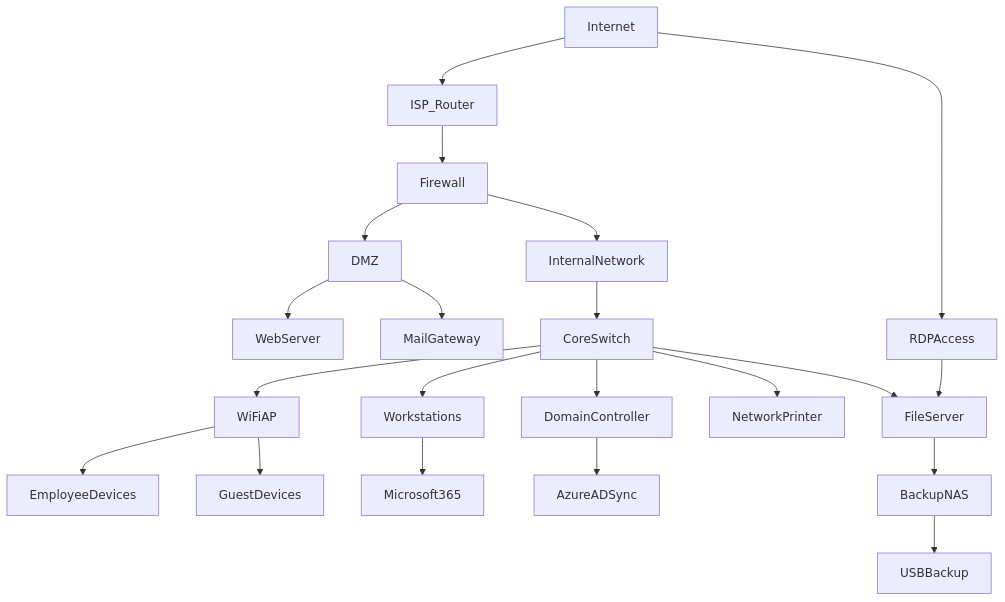
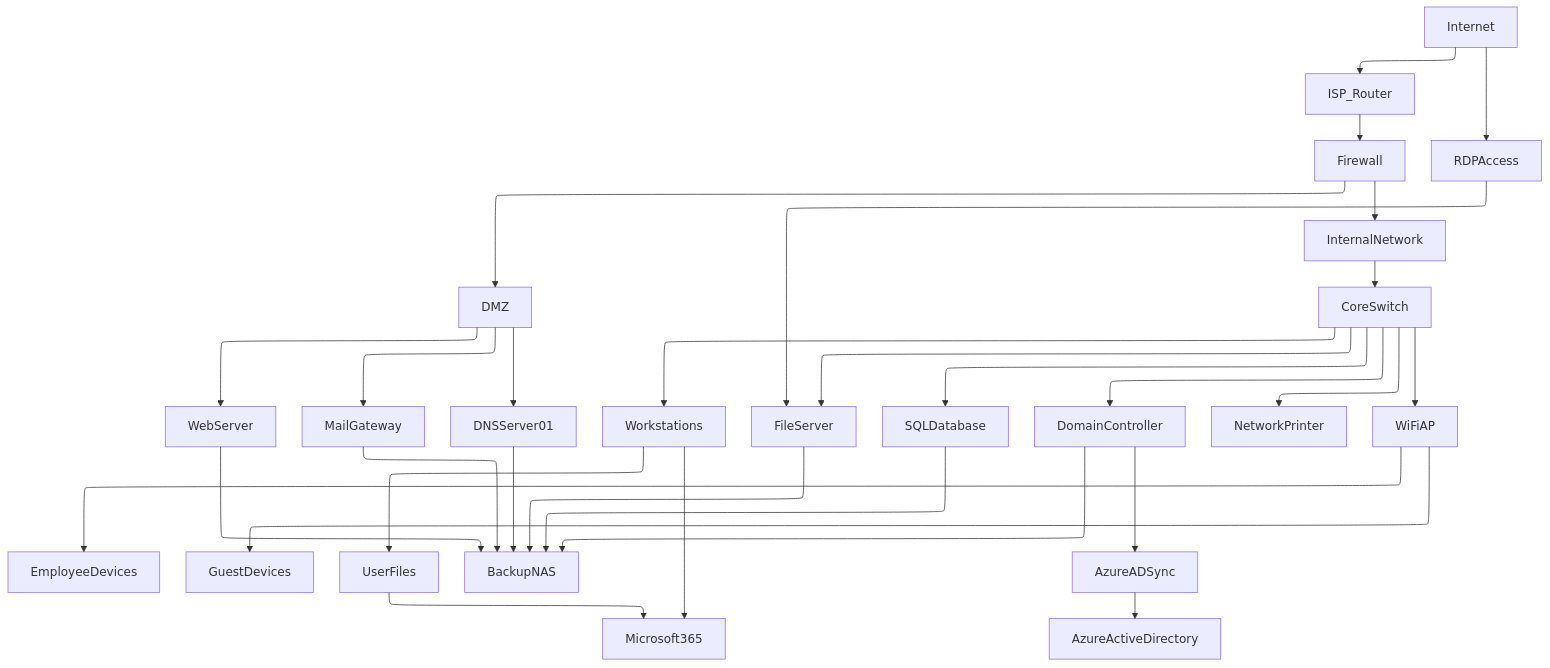
One commit to davis-boudreau/ISEC2700 changed the first of 2 diagrams in saitge-isec2700-mp01b-small-business-security-risk-assessment.md. Above: the diagram before and after it, drawn with Mermaid. The commit also changed 5 other files, not shown here.

````diff
--- a/saitge-isec2700-mp01b-small-business-security-risk-assessment.md
+++ b/saitge-isec2700-mp01b-small-business-security-risk-assessment.md
@@ -126,38 +126,52 @@
 ```mermaid
+---
+config:
+   layout: elk
+---
+
 flowchart TD
 
     Internet --> ISP_Router
     ISP_Router --> Firewall
 
     Firewall --> DMZ
     Firewall --> InternalNetwork
 
     %% DMZ
     DMZ --> WebServer
     DMZ --> MailGateway
+    DMZ --> DNSServer01
 
     %% Internal Network
     InternalNetwork --> CoreSwitch
 
     CoreSwitch --> Workstations
     CoreSwitch --> FileServer
+    CoreSwitch --> SQLDatabase
     CoreSwitch --> DomainController
     CoreSwitch --> NetworkPrinter
     CoreSwitch --> WiFiAP
 
     %% Wireless
     WiFiAP --> EmployeeDevices
     WiFiAP --> GuestDevices
 
     %% Cloud services
     Workstations --> Microsoft365
-    DomainController --> AzureADSync
-
+    Workstations --> UserFiles
+    UserFiles --> Microsoft365
+    
     %% Backup
     FileServer --> BackupNAS
-    BackupNAS --> USBBackup
+    SQLDatabase --> BackupNAS
+    MailGateway --> BackupNAS
+    DNSServer01 --> BackupNAS
+    WebServer --> BackupNAS
+    DomainController --> BackupNAS
+    DomainController --> AzureADSync
+    AzureADSync --> AzureActiveDirectory
 
     %% Remote access
     Internet --> RDPAccess
     RDPAccess --> FileServer
 ```
````
